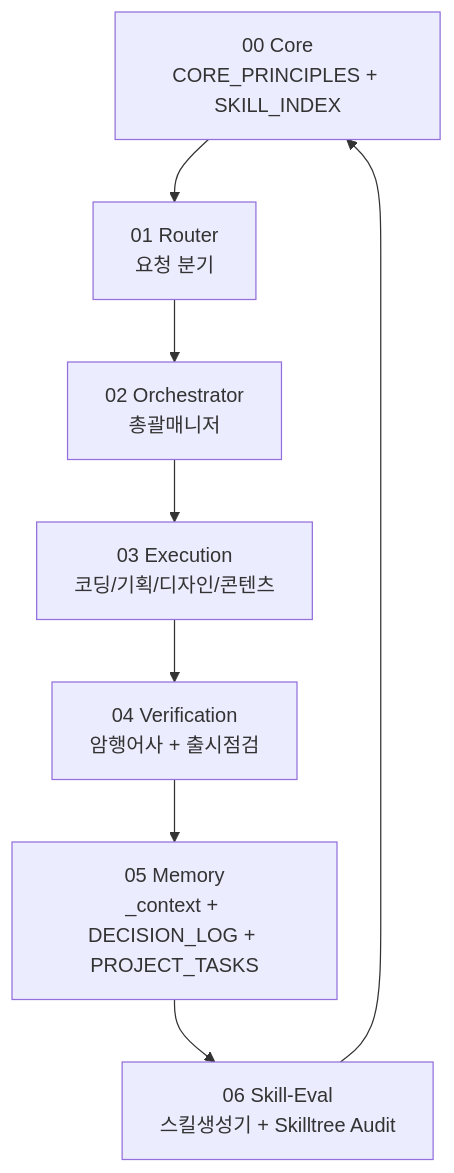
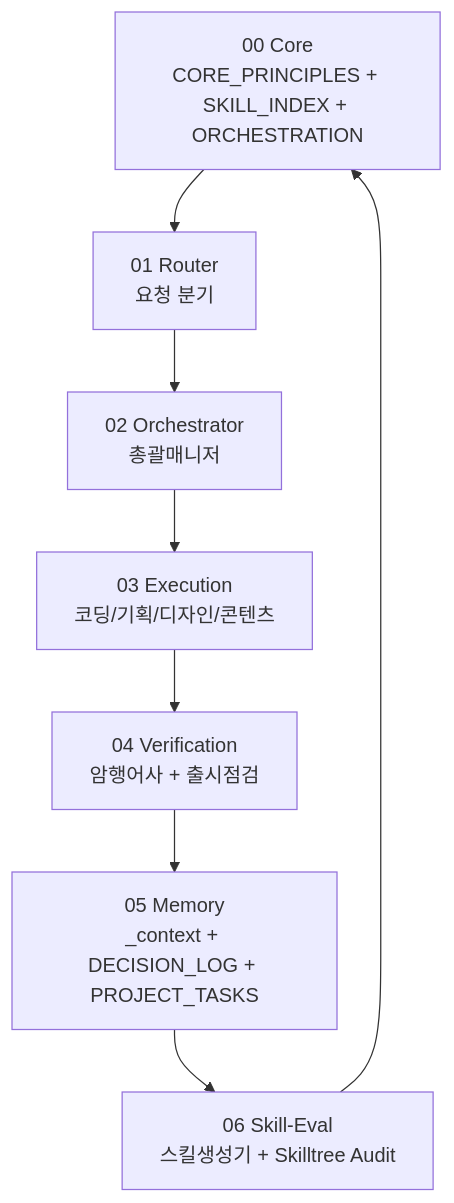
Before and after one commit to ekdthl13/project-brain-skilltree: the diagram in source/SKILL_INDEX.md, drawn with Mermaid. The commit also changed other lines of this file and 31 other files, not shown here.

````diff
--- a/source/SKILL_INDEX.md
+++ b/source/SKILL_INDEX.md
@@ -30,10 +30,10 @@
 ```mermaid
 graph TD
-    A[00 Core\nCORE_PRINCIPLES + SKILL_INDEX] --> B[01 Router\n요청 분기]
+    A[00 Core\nCORE_PRINCIPLES + SKILL_INDEX + ORCHESTRATION] --> B[01 Router\n요청 분기]
     B --> C[02 Orchestrator\n총괄매니저]
     C --> D[03 Execution\n코딩/기획/디자인/콘텐츠]
     D --> E[04 Verification\n암행어사 + 출시점검]
     E --> F[05 Memory\n_context + DECISION_LOG + PROJECT_TASKS]
     F --> G[06 Skill-Eval\n스킬생성기 + Skilltree Audit]
     G --> A
 ```
````
